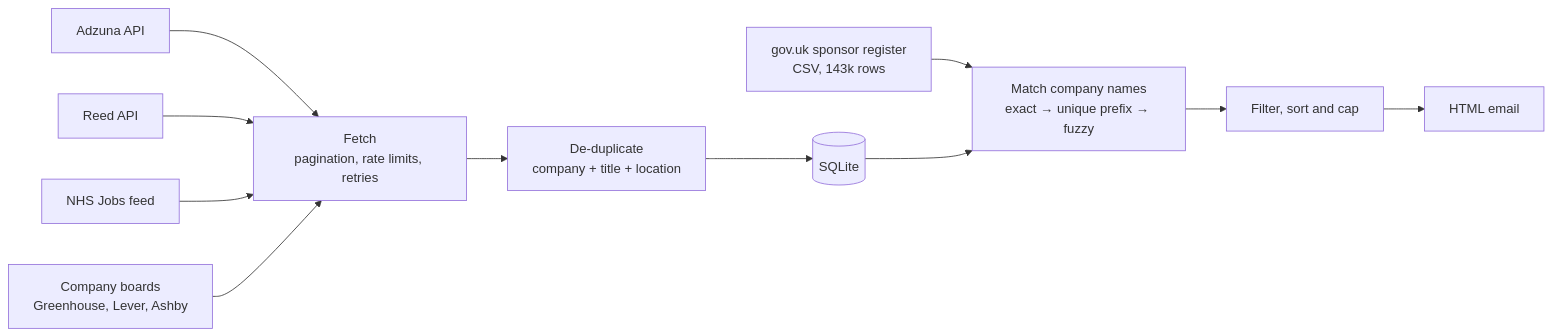
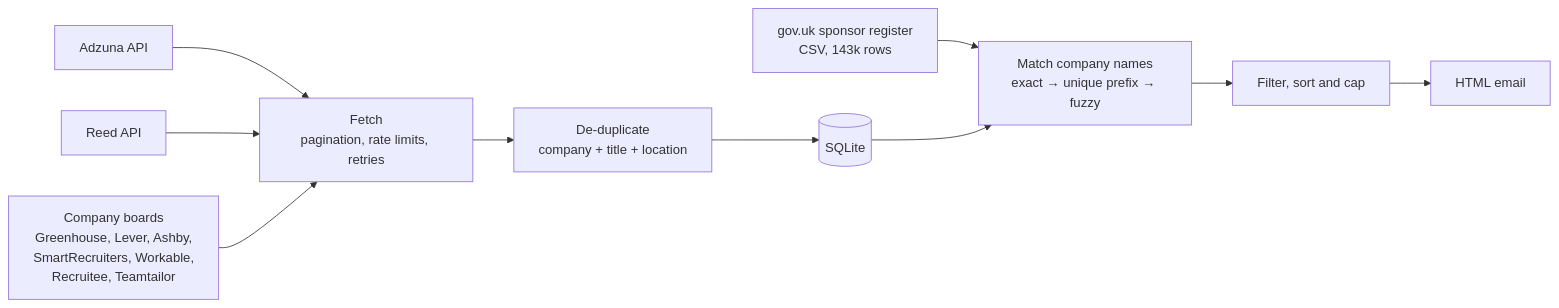
One commit to hjeesum/grady changed the diagram in README.md. Above: the diagram before and after it, drawn with Mermaid. The commit also changed other lines of this file and 12 other files, not shown here.

First line of the commit message:
Add SmartRecruiters, Workable, Recruitee and Teamtailor boards; focus on tech only

````diff
--- a/README.md
+++ b/README.md
@@ -31,13 +31,12 @@
 ```mermaid
 flowchart LR
     A[Adzuna API] --> F[Fetch<br/>pagination, rate limits, retries]
     R[Reed API] --> F
-    N[NHS Jobs feed] --> F
-    B[Company boards<br/>Greenhouse, Lever, Ashby] --> F
+    B[Company boards<br/>Greenhouse, Lever, Ashby,<br/>SmartRecruiters, Workable,<br/>Recruitee, Teamtailor] --> F
     F --> D[De-duplicate<br/>company + title + location]
     D --> S[(SQLite)]
     G[gov.uk sponsor register<br/>CSV, 143k rows] --> M[Match company names<br/>exact → unique prefix → fuzzy]
     S --> M
     M --> E[Filter, sort and cap]
     E --> Mail[HTML email]
 ```
````
